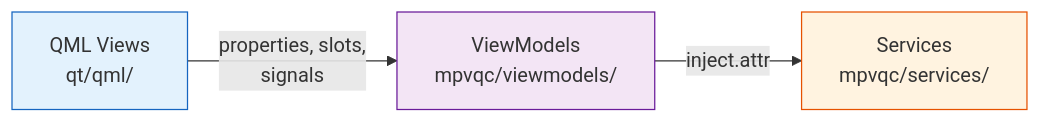
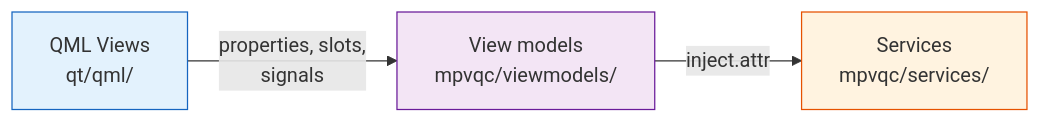
One commit to mpvqc/mpvQC changed the first of 2 diagrams in docs/architecture.md. Above: the diagram before and after it, drawn with Mermaid. The commit also changed other lines of this file and 2 other files, not shown here.

First line of the commit message:
docs: spell "view model" as two words

````diff
--- a/docs/architecture.md
+++ b/docs/architecture.md
@@ -12,16 +12,16 @@
 ```mermaid
 flowchart LR
     QML["QML Views<br/>qt/qml/"]
-    VM["ViewModels<br/>mpvqc/viewmodels/"]
+    VM["View models<br/>mpvqc/viewmodels/"]
     SVC["Services<br/>mpvqc/services/"]
 
     QML -->|"properties, slots,<br/>signals"| VM
     VM -->|"inject.attr"| SVC
 
     classDef qml fill:#e3f2fd,stroke:#1565c0
     classDef vm fill:#f3e5f5,stroke:#6a1b9a
     classDef svc fill:#fff3e0,stroke:#e65100
     class QML qml
     class VM vm
     class SVC svc
 ```
````
